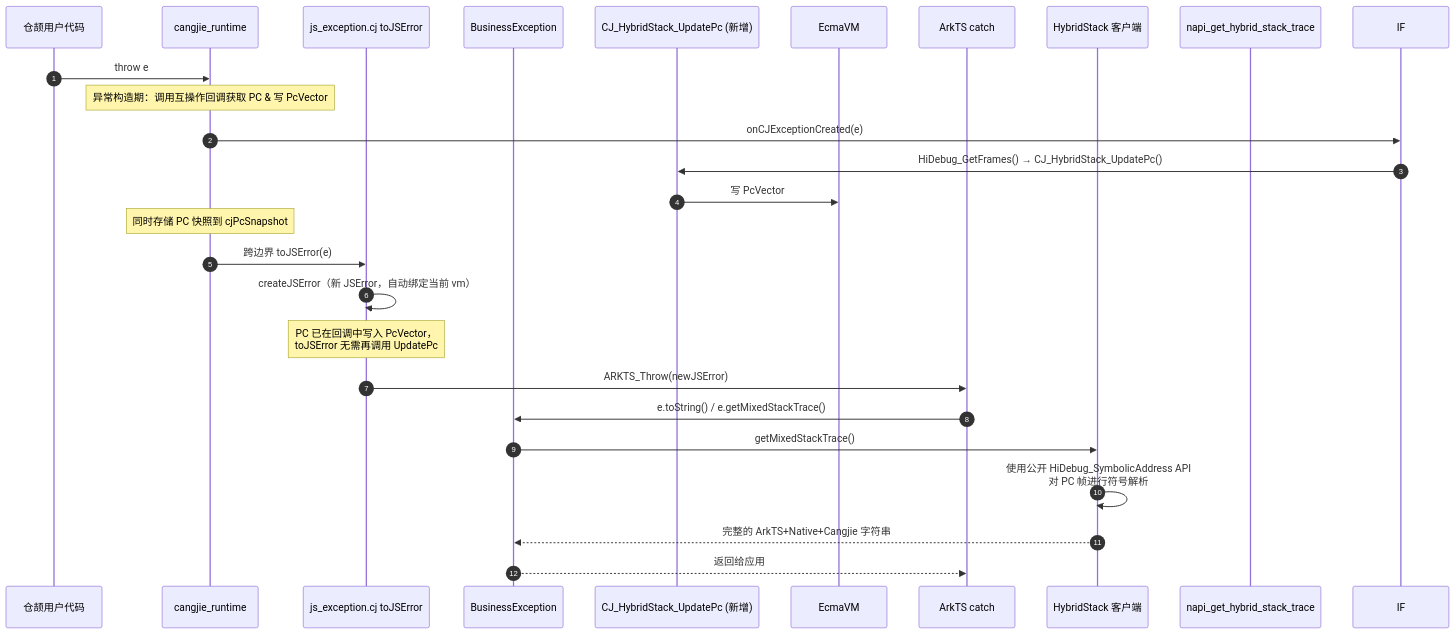
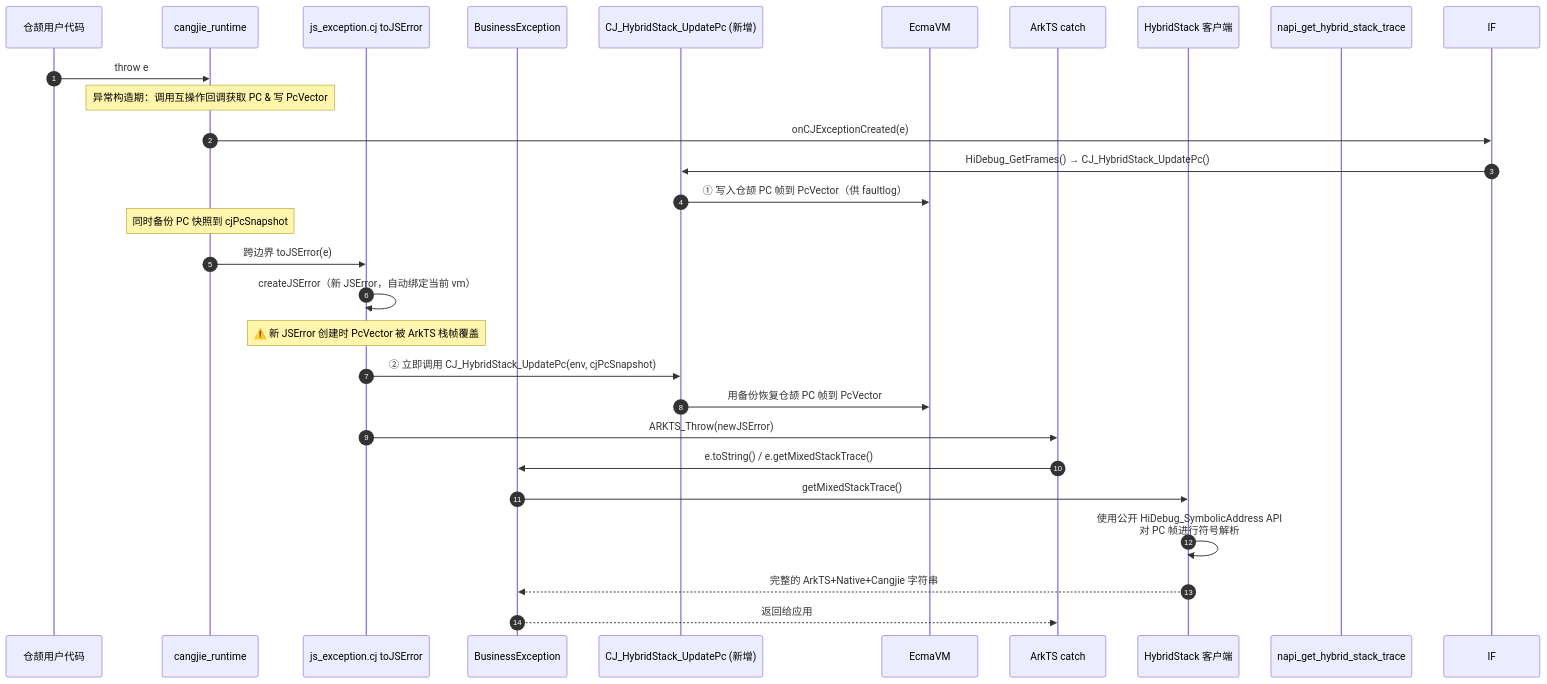
The third of 3 diagrams in doc/hybridstack_architecture_design.md (openharmony/arkcompiler_cangjie_ark_interop), drawn with Mermaid before and after one commit. The commit also changed other lines of this file and 1 other file, not shown here.

````diff
--- a/doc/hybridstack_architecture_design.md
+++ b/doc/hybridstack_architecture_design.md
@@ -147,29 +155,31 @@
 ```mermaid
 sequenceDiagram
     autonumber
     participant U as 仓颉用户代码
     participant CR as cangjie_runtime
     participant JS as js_exception.cj toJSError
     participant BIZ as BusinessException
     participant CFFI as CJ_HybridStack_UpdatePc (新增)
     participant VM as EcmaVM
     participant ETS as ArkTS catch
     participant HS as HybridStack 客户端
     participant NAPI as napi_get_hybrid_stack_trace
 
     U->>CR: throw e
     Note over CR: 异常构造期：调用互操作回调获取 PC & 写 PcVector
     CR->>IF: onCJExceptionCreated(e)
     IF->>CFFI: HiDebug_GetFrames() → CJ_HybridStack_UpdatePc()
-    CFFI->>VM: 写 PcVector
-    Note over CR: 同时存储 PC 快照到 cjPcSnapshot
+    CFFI->>VM: ① 写入仓颉 PC 帧到 PcVector（供 faultlog）
+    Note over CR: 同时备份 PC 快照到 cjPcSnapshot
     CR->>JS: 跨边界 toJSError(e)
     JS->>JS: createJSError（新 JSError，自动绑定当前 vm）
-    Note over JS: PC 已在回调中写入 PcVector，<br/>toJSError 无需再调用 UpdatePc
+    Note over JS: ⚠️ 新 JSError 创建时 PcVector 被 ArkTS 栈帧覆盖
+    JS->>CFFI: ② 立即调用 CJ_HybridStack_UpdatePc(env, cjPcSnapshot)
+    CFFI->>VM: 用备份恢复仓颉 PC 帧到 PcVector
     JS->>ETS: ARKTS_Throw(newJSError)
     ETS->>BIZ: e.toString() / e.getMixedStackTrace()
     BIZ->>HS: getMixedStackTrace()
     HS->>HS: 使用公开 HiDebug_SymbolicAddress API<br/>对 PC 帧进行符号解析
     HS-->>BIZ: 完整的 ArkTS+Native+Cangjie 字符串
     BIZ-->>ETS: 返回给应用
 ```
````
